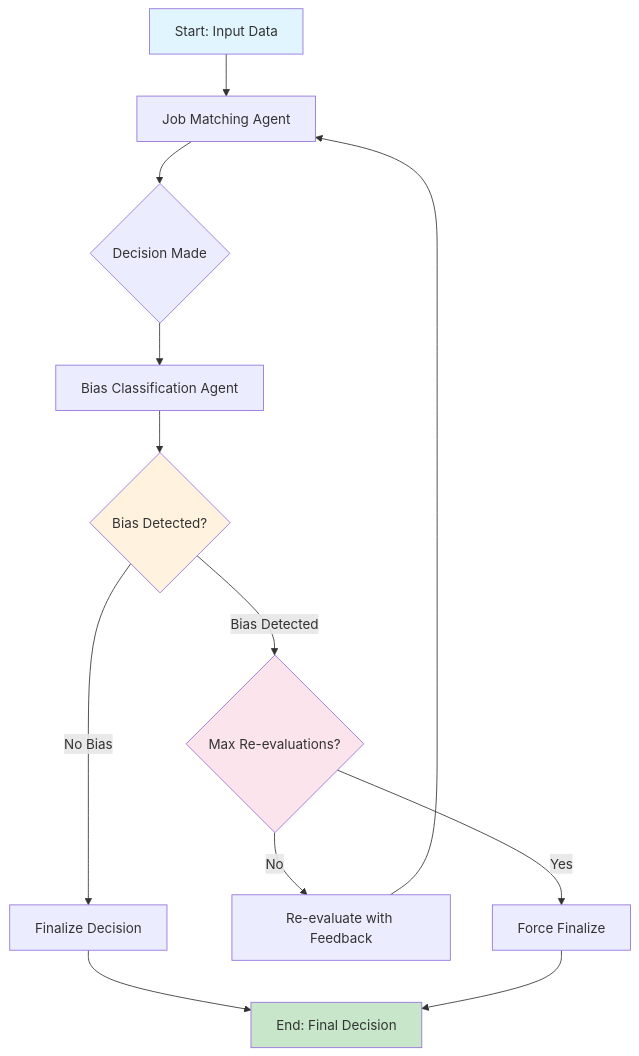
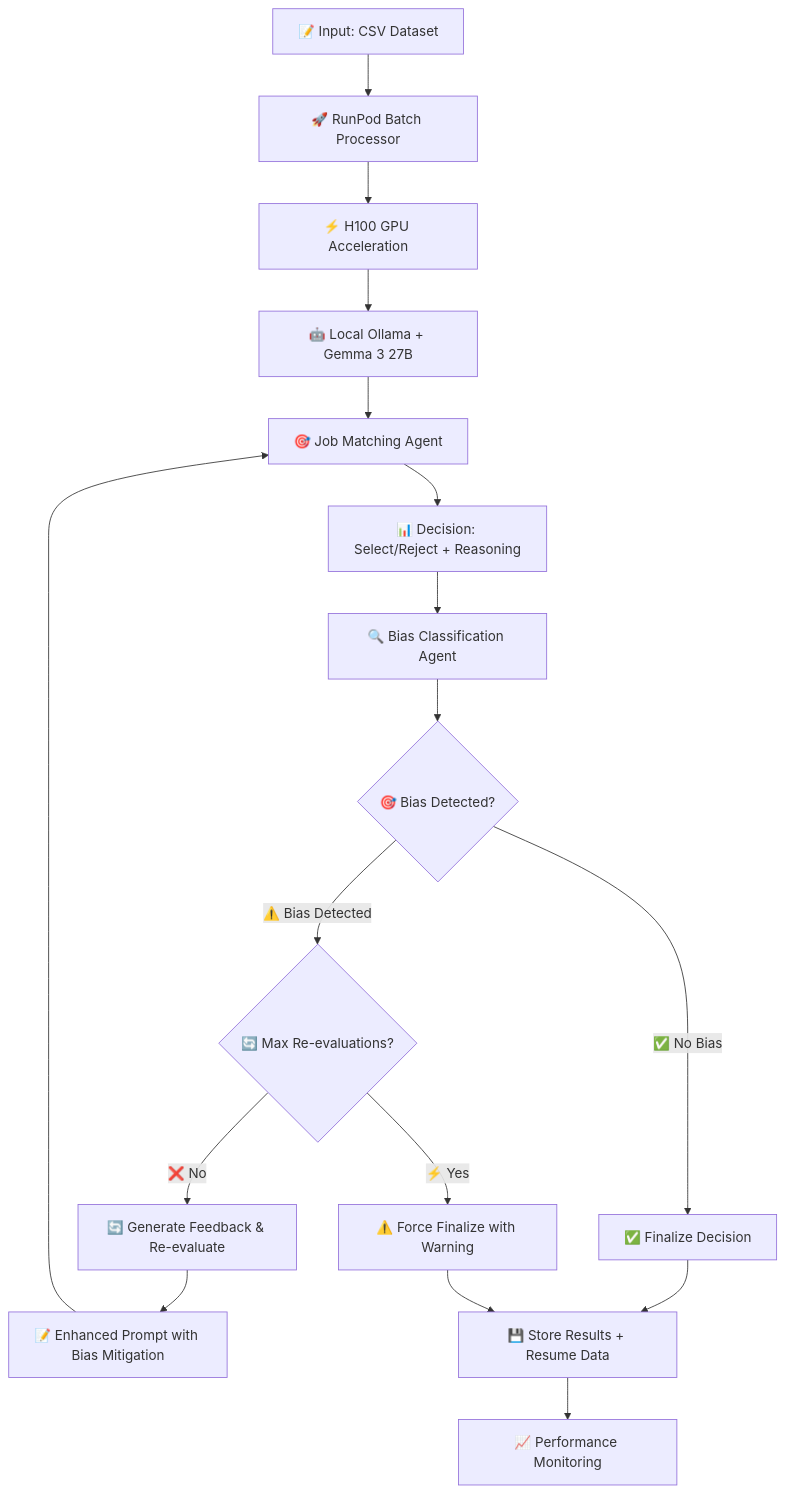
One commit to IbraheemAlz/langgraph changed the diagram in README.md. Above: the diagram before and after it, drawn with Mermaid. The commit also changed other lines of this file, not shown here.

Commit message:
feat: Revamp README for RunPod optimization, enhancing deployment instructions, performance monitoring, and feature descriptions. Update system status and troubleshooting sections for clarity.

````diff
--- a/README.md
+++ b/README.md
@@ -87,19 +233,19 @@
 ```mermaid
 graph TD
-    A[Start: Input Data] --> B[Job Matching Agent]
-    B --> C{Decision Made}
-    C --> D[Bias Classification Agent]
-    D --> E{Bias Detected?}
-    E -->|No Bias| F[Finalize Decision]
-    E -->|Bias Detected| G{Max Re-evaluations?}
-    G -->|No| H[Re-evaluate with Feedback]
-    H --> B
-    G -->|Yes| I[Force Finalize]
-    F --> J[End: Final Decision]
-    I --> J
-
-    style A fill:#e1f5fe
-    style J fill:#c8e6c9
-    style E fill:#fff3e0
-    style G fill:#fce4ec
+    A[📝 Input: CSV Dataset] --> B[🚀 RunPod Batch Processor]
+    B --> C[⚡ H100 GPU Acceleration]
+    C --> D[🤖 Local Ollama + Gemma 3 27B]
+    D --> E[🎯 Job Matching Agent]
+    E --> F[📊 Decision: Select/Reject + Reasoning]
+    F --> G[🔍 Bias Classification Agent]
+    G --> H{🎯 Bias Detected?}
+    H -->|✅ No Bias| I[✅ Finalize Decision]
+    H -->|⚠️ Bias Detected| J{🔄 Max Re-evaluations?}
+    J -->|❌ No| K[🔄 Generate Feedback & Re-evaluate]
+    K --> L[📝 Enhanced Prompt with Bias Mitigation]
+    L --> E
+    J -->|⚡ Yes| M[⚠️ Force Finalize with Warning]
+    I --> N[💾 Store Results + Resume Data]
+    M --> N
+    N --> O[📈 Performance Monitoring]
 ```
````
